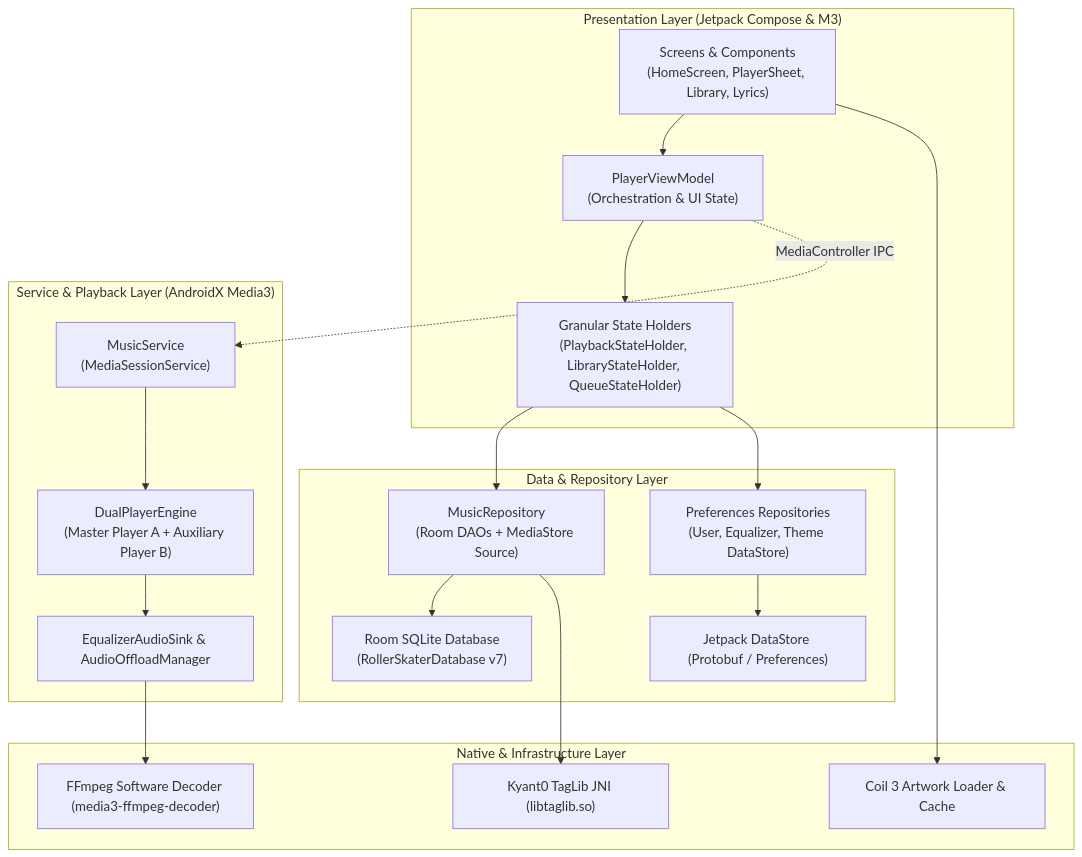
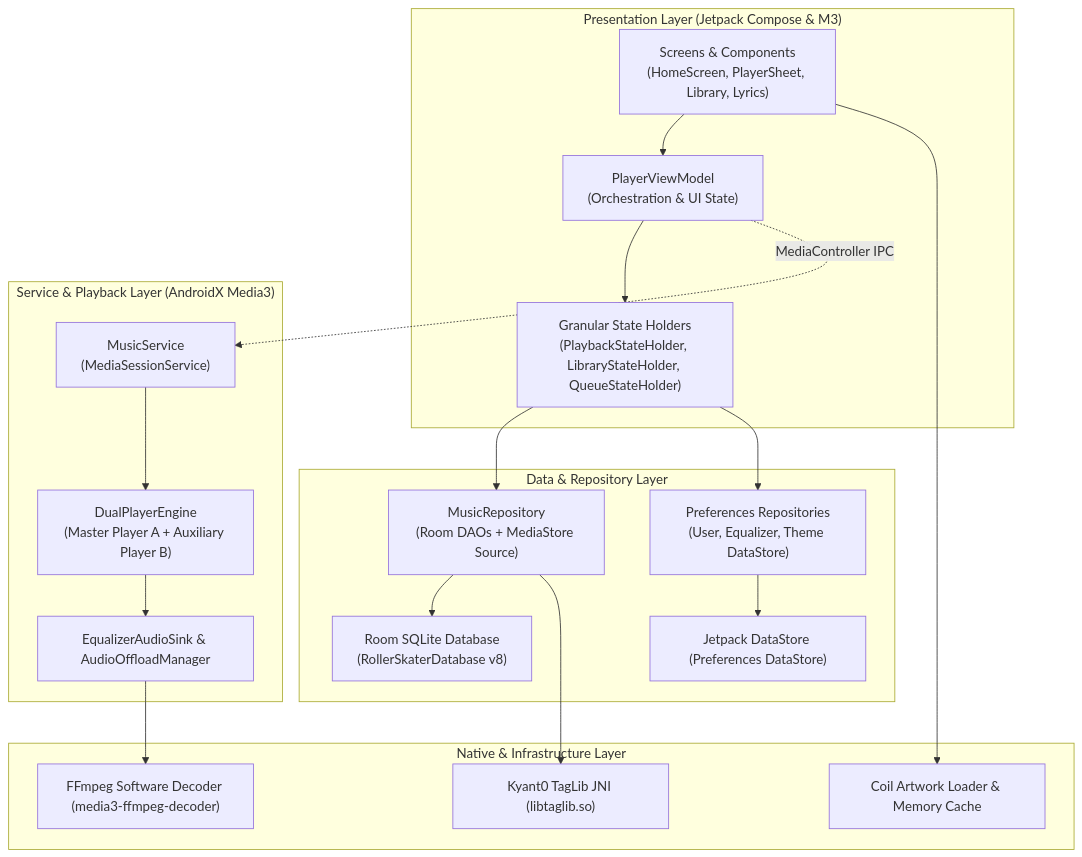
The diagram in ARCHITECTURE.md (dhyandevp/RollerSkater), drawn with Mermaid before and after one commit. The commit also changed other lines of this file and 41 other files, not shown here.

````diff
--- a/ARCHITECTURE.md
+++ b/ARCHITECTURE.md
@@ -20,40 +20,40 @@
 ```mermaid
 graph TB
     subgraph Presentation ["Presentation Layer (Jetpack Compose & M3)"]
         UI["Screens & Components\n(HomeScreen, PlayerSheet, Library, Lyrics)"]
         PVM["PlayerViewModel\n(Orchestration & UI State)"]
         Holders["Granular State Holders\n(PlaybackStateHolder, LibraryStateHolder, QueueStateHolder)"]
     end
 
     subgraph Service ["Service & Playback Layer (AndroidX Media3)"]
         MS["MusicService\n(MediaSessionService)"]
         Engine["DualPlayerEngine\n(Master Player A + Auxiliary Player B)"]
         AudioSink["EqualizerAudioSink & AudioOffloadManager"]
     end
 
     subgraph DomainData ["Data & Repository Layer"]
         MRepo["MusicRepository\n(Room DAOs + MediaStore Source)"]
         PrefRepo["Preferences Repositories\n(User, Equalizer, Theme DataStore)"]
-        Room["Room SQLite Database\n(RollerSkaterDatabase v7)"]
-        DataStore["Jetpack DataStore (Protobuf / Preferences)"]
+        Room["Room SQLite Database\n(RollerSkaterDatabase v8)"]
+        DataStore["Jetpack DataStore (Preferences DataStore)"]
     end
 
     subgraph NativeUtil ["Native & Infrastructure Layer"]
         TagLib["Kyant0 TagLib JNI (libtaglib.so)"]
         FFmpeg["FFmpeg Software Decoder (media3-ffmpeg-decoder)"]
-        Coil["Coil 3 Artwork Loader & Cache"]
+        Coil["Coil Artwork Loader & Memory Cache"]
     end
 
     UI --> PVM
     PVM --> Holders
     PVM -.->|"MediaController IPC"| MS
     Holders --> MRepo
     Holders --> PrefRepo
     MS --> Engine
     Engine --> AudioSink
     AudioSink --> FFmpeg
     MRepo --> Room
     MRepo --> TagLib
     PrefRepo --> DataStore
     UI --> Coil
 ```
````
